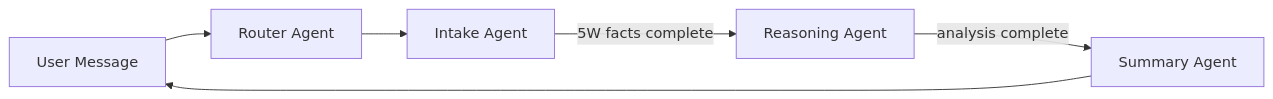
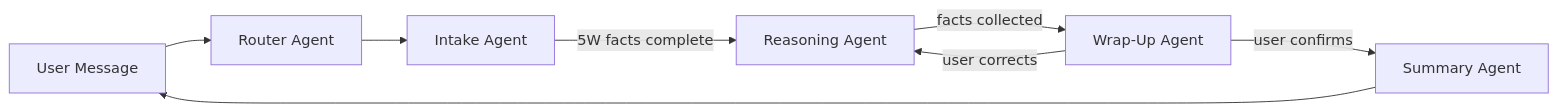
One commit to apurvdeodhar/sumii-mobile-api changed the diagram in app/services/agents/README.md. Above: the diagram before and after it, drawn with Mermaid. The commit also changed other lines of this file and 7 other files, not shown here.

First line of the commit message:
feat(agents): add Wrap-Up Agent for user confirmation before summary

````diff
--- a/app/services/agents/README.md
+++ b/app/services/agents/README.md
@@ -7,8 +7,10 @@
 ```mermaid
 flowchart LR
     User[User Message] --> Router[Router Agent]
     Router --> Intake[Intake Agent]
     Intake --> |"5W facts complete"| Reasoning[Reasoning Agent]
-    Reasoning --> |"analysis complete"| Summary[Summary Agent]
+    Reasoning --> |"facts collected"| WrapUp[Wrap-Up Agent]
+    WrapUp --> |"user confirms"| Summary[Summary Agent]
+    WrapUp --> |"user corrects"| Reasoning
     Summary --> User
 ```
````
